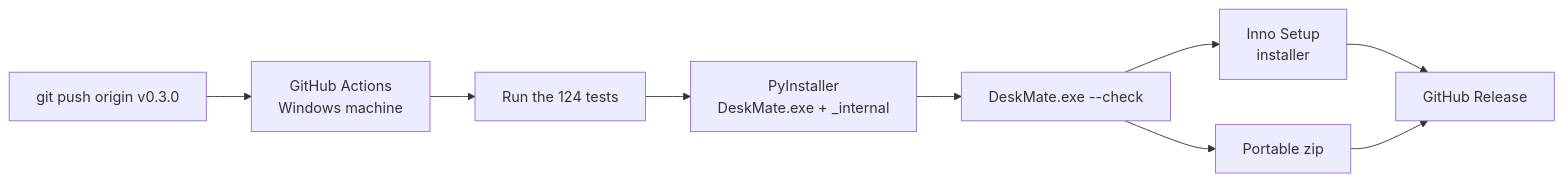
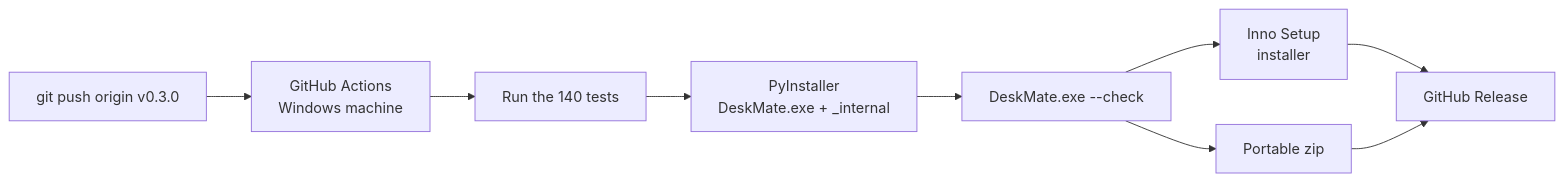
The third of 3 diagrams in TUTORIAL.md (MuizKmz/deskmate), drawn with Mermaid before and after one commit. The commit also changed other lines of this file and 15 other files, not shown here.

````diff
--- a/TUTORIAL.md
+++ b/TUTORIAL.md
@@ -475,11 +516,11 @@
 ```mermaid
 flowchart LR
     T["git push origin v0.3.0"] --> GA[GitHub Actions<br/>Windows machine]
-    GA --> TS[Run the 124 tests]
+    GA --> TS[Run the 140 tests]
     TS --> PI["PyInstaller<br/>DeskMate.exe + _internal"]
     PI --> CK["DeskMate.exe --check"]
     CK --> IS[Inno Setup<br/>installer]
     CK --> ZIP[Portable zip]
     IS --> R[GitHub Release]
     ZIP --> R
 ```
````
